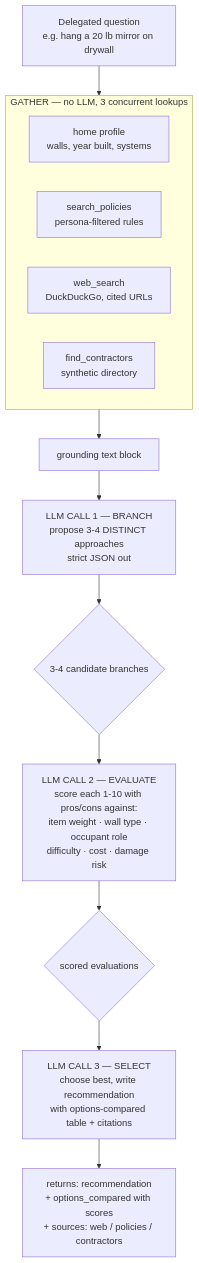
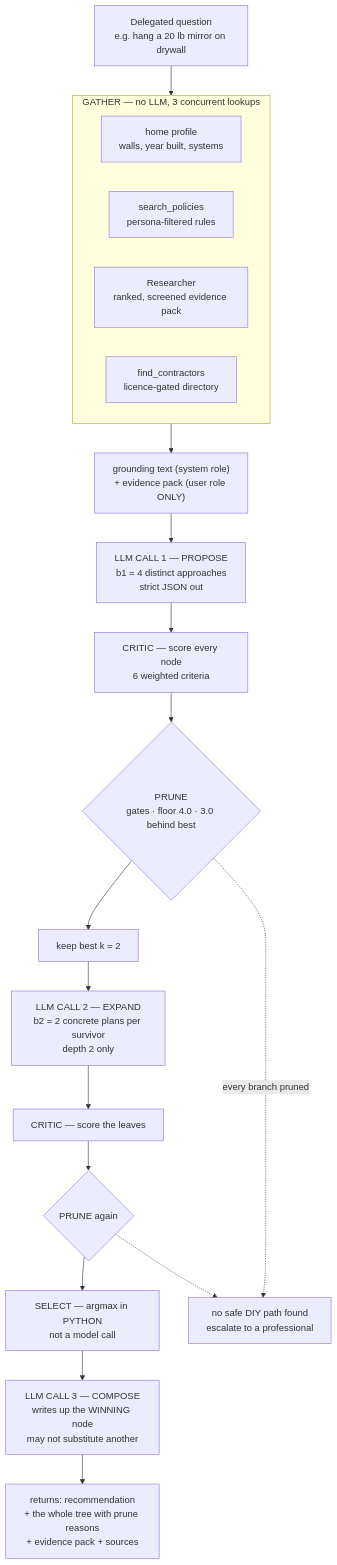
Before and after one commit to kkaladi31/smart-home-forecaster-public-demo: the ninth of 15 diagrams in docs/architecture-review.md, drawn with Mermaid. The commit also changed other lines of this file and 17 other files, not shown here.

````diff
--- a/docs/architecture-review.md
+++ b/docs/architecture-review.md
@@ -1017,22 +1040,27 @@
 ```mermaid
 flowchart TB
   Q["Delegated question<br/>e.g. hang a 20 lb mirror on drywall"] --> G
 
   subgraph G["GATHER — no LLM, 3 concurrent lookups"]
     direction LR
     G1["home profile<br/>walls, year built, systems"]
     G2["search_policies<br/>persona-filtered rules"]
-    G3["web_search<br/>DuckDuckGo, cited URLs"]
-    G4["find_contractors<br/>synthetic directory"]
+    G3["Researcher<br/>ranked, screened evidence pack"]
+    G4["find_contractors<br/>licence-gated directory"]
   end
 
-  G --> GT["grounding text block"]
-  GT --> B["LLM CALL 1 — BRANCH<br/>propose 3-4 DISTINCT approaches<br/>strict JSON out"]
-  B --> BR{"3-4 candidate branches"}
+  G --> GT["grounding text (system role)<br/>+ evidence pack (user role ONLY)"]
+  GT --> B["LLM CALL 1 — PROPOSE<br/>b1 = 4 distinct approaches<br/>strict JSON out"]
+  B --> C1["CRITIC — score every node<br/>6 weighted criteria"]
+  C1 --> P1{"PRUNE<br/>gates · floor 4.0 · 3.0 behind best"}
+  P1 --> K["keep best k = 2"]
+  K --> X["LLM CALL 2 — EXPAND<br/>b2 = 2 concrete plans per survivor<br/>depth 2 only"]
+  X --> C2["CRITIC — score the leaves"]
+  C2 --> P2{"PRUNE again"}
+  P2 --> SEL["SELECT — argmax in PYTHON<br/>not a model call"]
+  SEL --> S["LLM CALL 3 — COMPOSE<br/>writes up the WINNING node<br/>may not substitute another"]
+  S --> OUT["returns: recommendation<br/>+ the whole tree with prune reasons<br/>+ evidence pack + sources"]
 
-  BR --> E["LLM CALL 2 — EVALUATE<br/>score each 1-10 with pros/cons against:<br/>item weight · wall type · occupant role<br/>difficulty · cost · damage risk"]
-  E --> EV{"scored evaluations"}
-
-  EV --> S["LLM CALL 3 — SELECT<br/>choose best, write recommendation<br/>with options-compared table + citations"]
-  S --> OUT["returns: recommendation<br/>+ options_compared with scores<br/>+ sources: web / policies / contractors"]
+  P1 -.->|"every branch pruned"| ESC["no safe DIY path found<br/>escalate to a professional"]
+  P2 -.-> ESC
 ```
````
